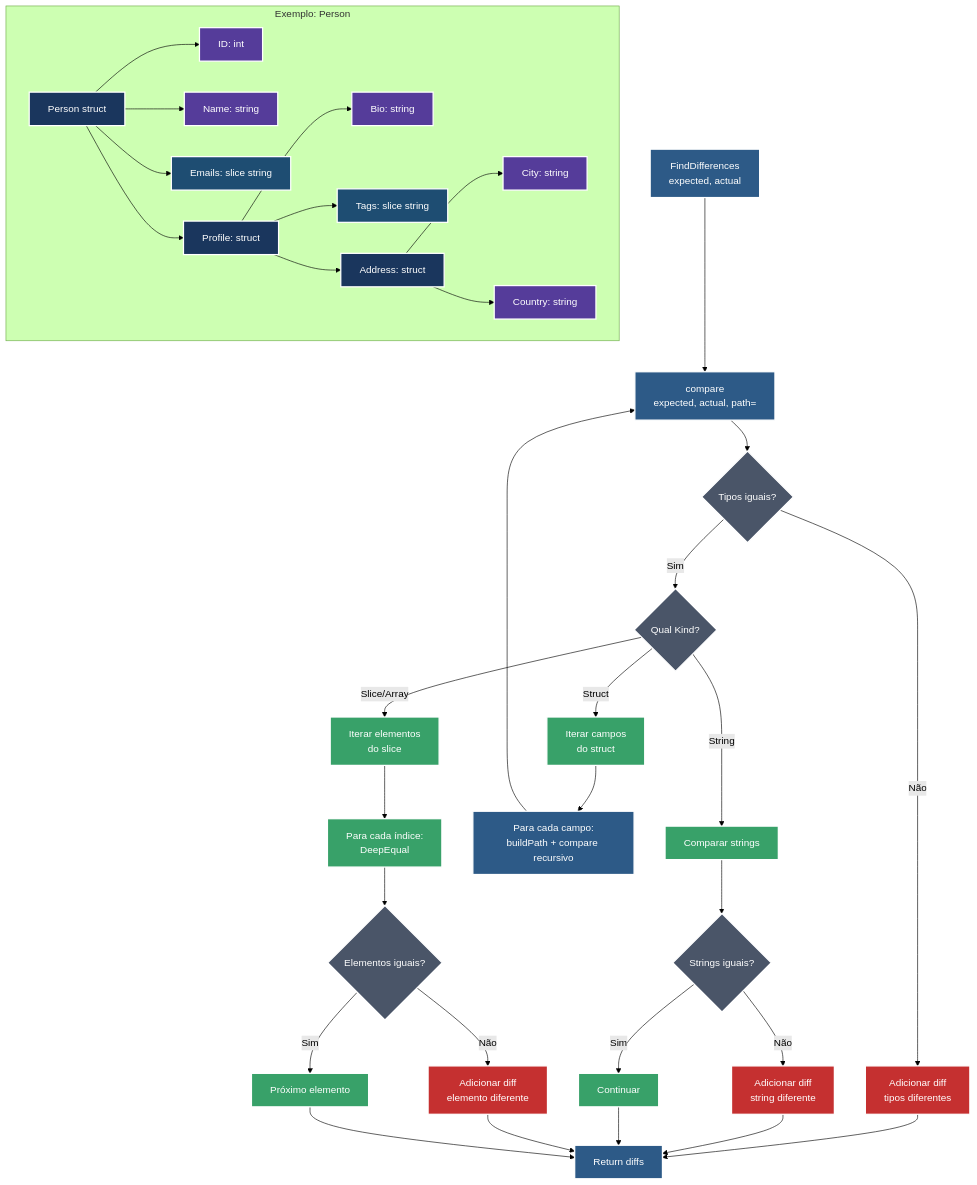
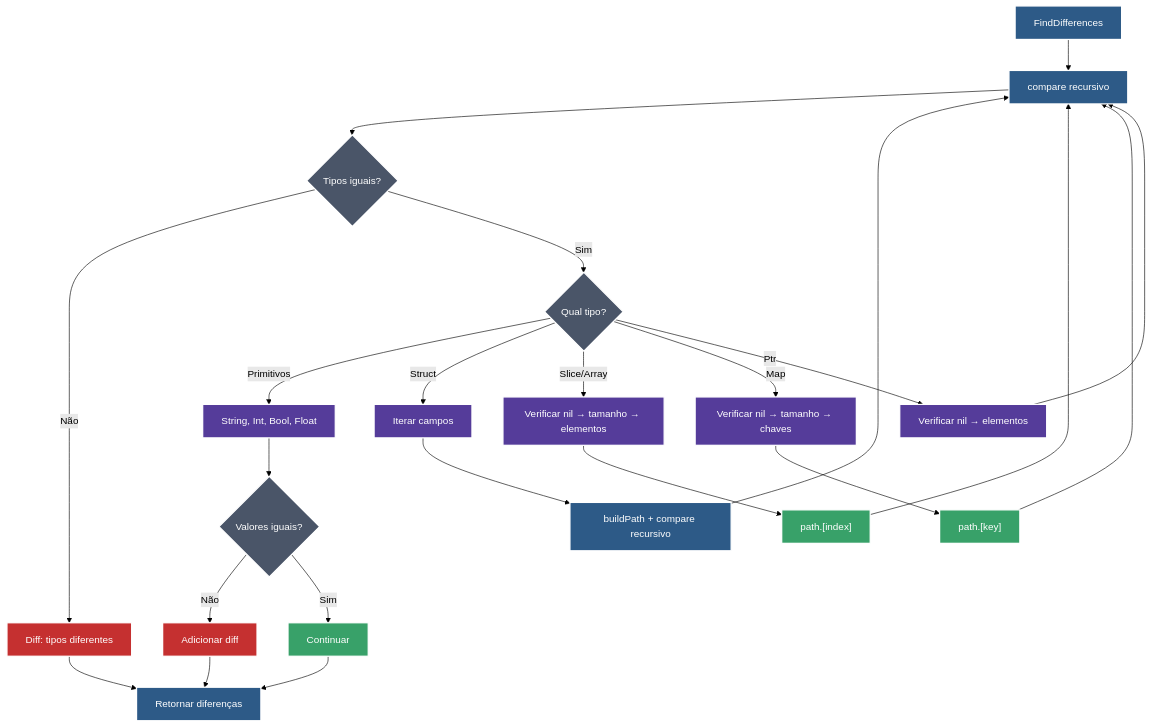
The diagram in README.md (Andrei-hub11/diffanalyzer), drawn with Mermaid (forest theme) before and after one commit. The commit also changed other lines of this file, not shown here.

````diff
--- a/README.md
+++ b/README.md
@@ -7,50 +7,44 @@
 ```mermaid
 flowchart TD
-    A[FindDifferences<br/>expected, actual] --> B[compare<br/>expected, actual, path=""]
+    A[FindDifferences] --> B[compare recursivo]
     B --> C{Tipos iguais?}
-    C -->|Não| D[Adicionar diff<br/>tipos diferentes]
-    C -->|Sim| E{Qual Kind?}
-    E -->|Struct| F[Iterar campos<br/>do struct]
-    E -->|String| G[Comparar strings]
-    E -->|Slice/Array| H[Iterar elementos<br/>do slice]
-    F --> I[Para cada campo:<br/>buildPath + compare recursivo]
-    I --> B
-    G --> J{Strings iguais?}
-    J -->|Não| K[Adicionar diff<br/>string diferente]
-    J -->|Sim| L[Continuar]
-    H --> M[Para cada índice:<br/>DeepEqual]
-    M --> N{Elementos iguais?}
-    N -->|Não| O[Adicionar diff<br/>elemento diferente]
-    N -->|Sim| P[Próximo elemento]
-    D --> Q[Return diffs]
-    K --> Q
+    C -->|Não| D[Diff: tipos diferentes]
+    C -->|Sim| E{Qual tipo?}
+
+    E -->|Primitivos| F[String, Int, Bool, Float]
+    E -->|Struct| G[Iterar campos]
+    E -->|Slice/Array| H[Verificar nil → tamanho → elementos]
+    E -->|Map| I[Verificar nil → tamanho → chaves]
+    E -->|Ptr| J[Verificar nil → elementos]
+
+    F --> K{Valores iguais?}
+    K -->|Não| L[Adicionar diff]
+    K -->|Sim| M[Continuar]
+
+    G --> N[buildPath + compare recursivo]
+    N --> B
+
+    H --> O["path.[index]"]
+    O --> B
+
+    I --> P["path.[key]"]
+    P --> B
+
+    J --> B
+
+    D --> Q[Retornar diferenças]
     L --> Q
-    O --> Q
-    P --> Q
-    subgraph "Exemplo: Person"
-        R[Person struct] --> S[ID: int]
-        R --> T[Name: string]
-        R --> U[Emails: slice string]
-        R --> V[Profile: struct]
-        V --> W[Bio: string]
-        V --> X[Tags: slice string]
-        V --> Y[Address: struct]
-        Y --> Z[City: string]
-        Y --> AA[Country: string]
-    end
-    classDef structBox fill:#1a365d,stroke:#ffffff,stroke-width:2px,color:#ffffff
-    classDef stringBox fill:#553c9a,stroke:#ffffff,stroke-width:2px,color:#ffffff
-    classDef sliceBox fill:#1e4d72,stroke:#ffffff,stroke-width:2px,color:#ffffff
-    classDef diffBox fill:#c53030,stroke:#ffffff,stroke-width:2px,color:#ffffff
-    classDef processBox fill:#2d5a87,stroke:#ffffff,stroke-width:2px,color:#ffffff
-    classDef decisionBox fill:#4a5568,stroke:#ffffff,stroke-width:2px,color:#ffffff
-    classDef actionBox fill:#38a169,stroke:#ffffff,stroke-width:2px,color:#ffffff
+    M --> Q
 
-    class A,B,I,Q processBox
-    class C,E,J,N decisionBox
-    class D,K,O diffBox
-    class F,G,H,L,M,P actionBox
-    class R,V,Y structBox
-    class S,T,W,Z,AA stringBox
-    class U,X sliceBox
+    classDef processBox fill:#2d5a87,stroke:#fff,stroke-width:2px,color:#fff
+    classDef decisionBox fill:#4a5568,stroke:#fff,stroke-width:2px,color:#fff
+    classDef typeBox fill:#553c9a,stroke:#fff,stroke-width:2px,color:#fff
+    classDef diffBox fill:#c53030,stroke:#fff,stroke-width:2px,color:#fff
+    classDef pathBox fill:#38a169,stroke:#fff,stroke-width:2px,color:#fff
+
+    class A,B,N,Q processBox
+    class C,E,K decisionBox
+    class F,G,H,I,J typeBox
+    class D,L diffBox
+    class O,P,M pathBox
 ```
````
